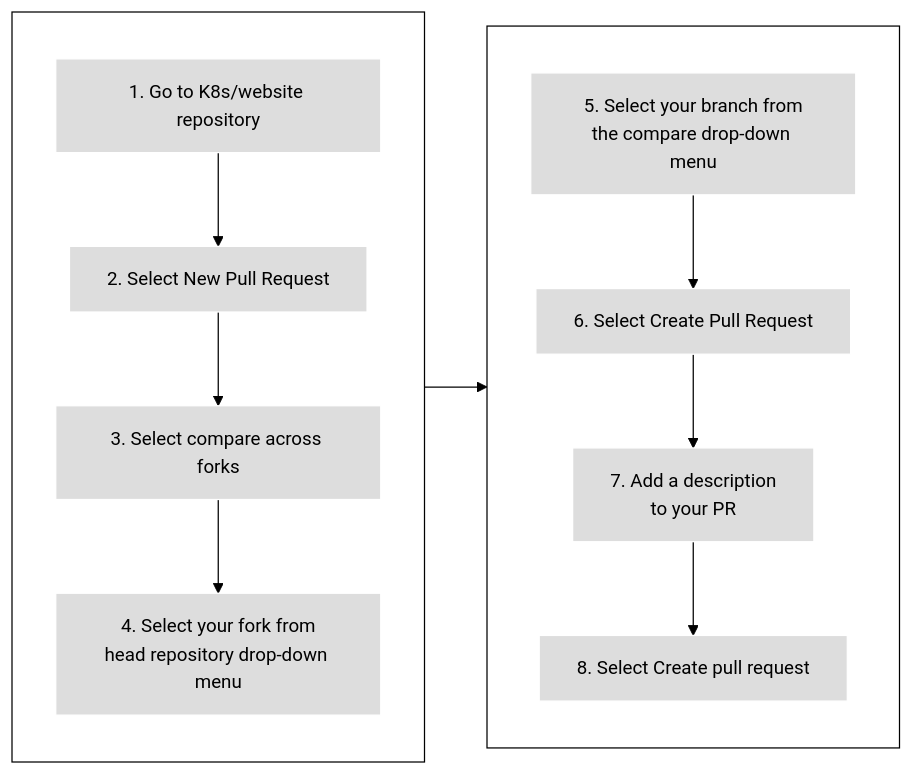
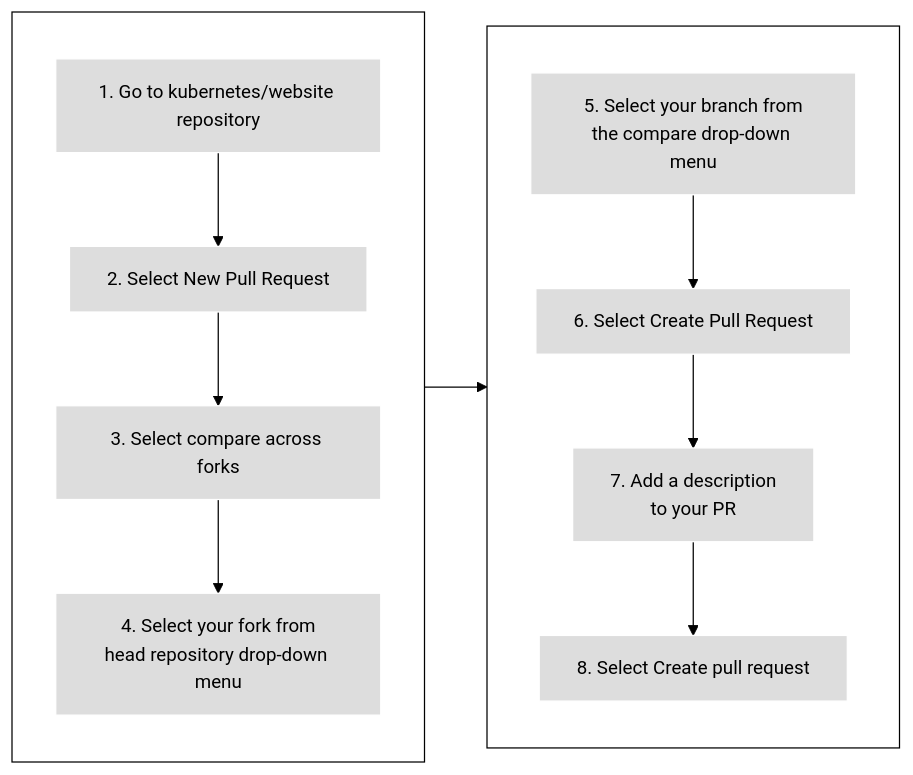
Before and after one commit to KimSJ15/kubernetes_website: the third of 3 diagrams in content/en/docs/contribute/new-content/open-a-pr.md, drawn with Mermaid (forest theme). The commit also changed other lines of this file and 4 other files, not shown here.

```diff
--- a/content/en/docs/contribute/new-content/open-a-pr.md
+++ b/content/en/docs/contribute/new-content/open-a-pr.md
@@ -367,22 +369,22 @@
 {{< mermaid >}}
 flowchart LR
 subgraph first[ ]
 direction TB
-1[1. Go to K8s/website repository] --> 2[2. Select New Pull Request]
+1[1. Go to kubernetes/website repository] --> 2[2. Select New Pull Request]
 2 --> 3[3. Select compare across forks]
 3 --> 4[4. Select your fork from<br>head repository drop-down menu]
 end
 subgraph second [ ]
 direction TB
 5[5. Select your branch from<br>the compare drop-down menu] --> 6[6. Select Create Pull Request]
 6 --> 7[7. Add a description<br>to your PR]
 7 --> 8[8. Select Create pull request]
 end
 
 first --> second
 
 classDef grey fill:#dddddd,stroke:#ffffff,stroke-width:px,color:#000000, font-size:15px;
 classDef white fill:#ffffff,stroke:#000,stroke-width:px,color:#000,font-weight:bold
 class 1,2,3,4,5,6,7,8 grey
 class first,second white
 {{</ mermaid >}}
```
